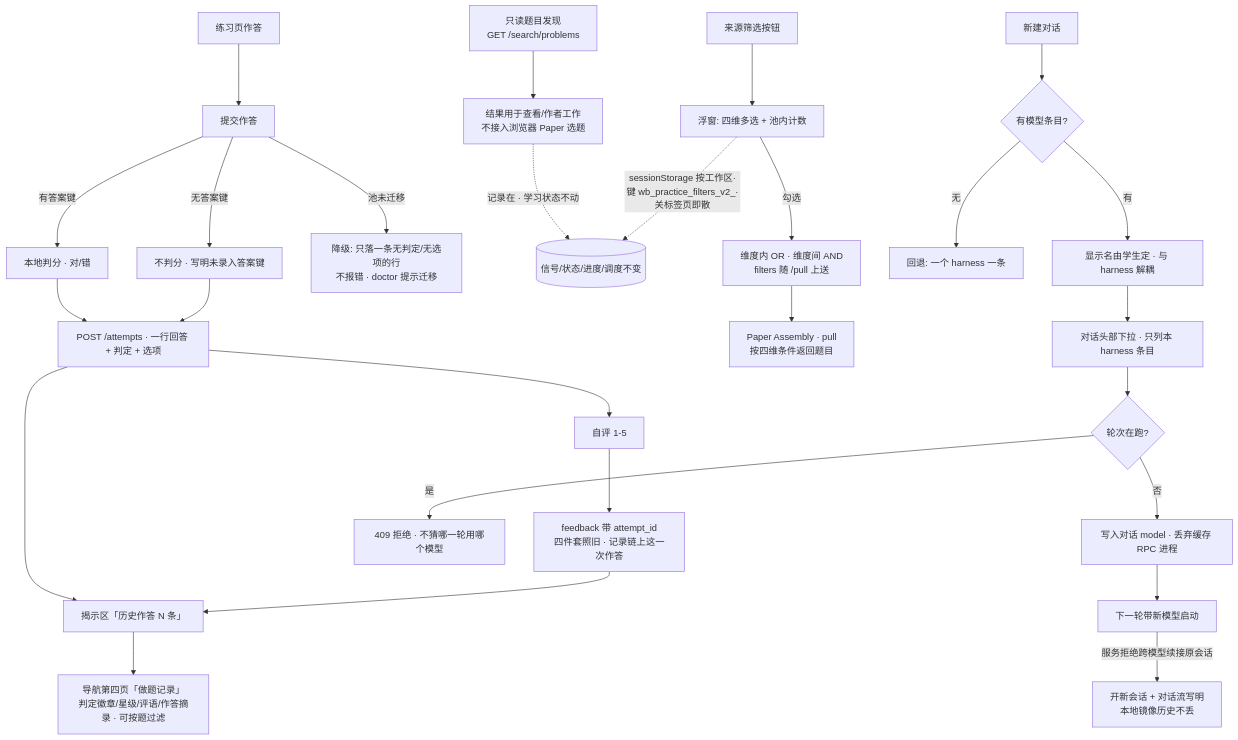
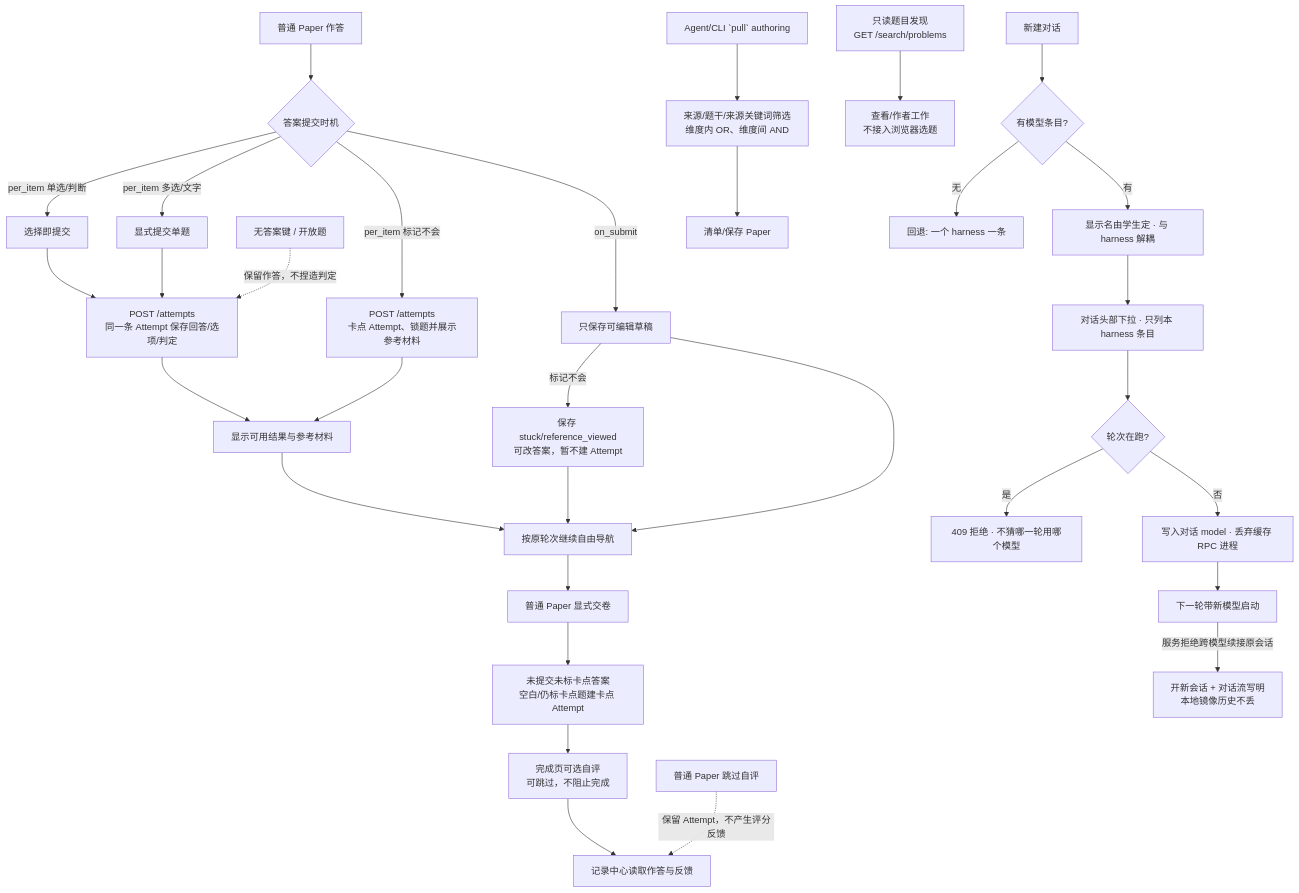
One commit to Amazinnn/Lesson-Kit changed the seventh of 10 diagrams in docs/action-graph/L4-workflows.md. Above: the diagram before and after it, drawn with Mermaid. The commit also changed other lines of this file and 8 other files, not shown here.

Commit message:
docs: reconcile paper practice flows

````diff
--- a/docs/action-graph/L4-workflows.md
+++ b/docs/action-graph/L4-workflows.md
@@ -200,30 +195,35 @@
 ```mermaid
 flowchart TD
-  A[练习页作答] --> B[提交作答]
-  B -- 有答案键 --> C[本地判分 · 对/错]
-  B -- 无答案键 --> C1[不判分 · 写明未录入答案键]
-  B -- 池未迁移 --> C2[降级: 只落一条无判定/无选项的行<br/>不报错 · doctor 提示迁移]
-  C & C1 --> D[POST /attempts · 一行回答 + 判定 + 选项]
-  D --> E[自评 1-5]
-  E --> F[feedback 带 attempt_id<br/>四件套照旧 · 记录链上这一次作答]
-  D --> G[揭示区「历史作答 N 条」]
-  F --> G
-  G --> H[导航第四页「做题记录」<br/>判定徽章/星级/评语/作答摘录 · 可按题过滤]
-  X1[只提交不自评] -.记录在 · 学习状态不动.-> Z[(信号/状态/进度/调度不变)]
+  A[普通 Paper 作答] --> B{答案提交时机}
+  B -- per_item 单选/判断 --> C[选择即提交]
+  B -- per_item 多选/文字 --> D[显式提交单题]
+  B -- per_item 标记不会 --> C0[POST /attempts<br/>卡点 Attempt、锁题并展示参考材料]
+  B -- on_submit --> E[只保存可编辑草稿]
+  E -- 标记不会 --> E0[保存 stuck/reference_viewed<br/>可改答案，暂不建 Attempt]
+  C & D --> F[POST /attempts<br/>同一条 Attempt 保存回答/选项/判定]
+  C0 --> G[显示可用结果与参考材料]
+  F --> G[显示可用结果与参考材料]
+  G --> H[按原轮次继续自由导航]
+  E --> H
+  E0 --> H
+  H --> I[普通 Paper 显式交卷]
+  I --> I0[未提交未标卡点答案<br/>空白/仍标卡点题建卡点 Attempt]
+  I0 --> J[完成页可选自评<br/>可跳过，不阻止完成]
+  J --> K[记录中心读取作答与反馈]
+  X0[无答案键 / 开放题] -.保留作答，不捏造判定.-> F
+  X1[普通 Paper 跳过自评] -.保留 Attempt，不产生评分反馈.-> K
 
-  P[来源筛选按钮] --> Q[浮窗: 四维多选 + 池内计数]
-  Q -- 勾选 --> R[维度内 OR · 维度间 AND<br/>filters 随 /pull 上送]
-  R --> T[Paper Assembly · pull<br/>按四维条件返回题目]
-  Q -.sessionStorage 按工作区·键 wb_practice_filters_v2_<ws>·关标签页即散.-> Z
-  X[只读题目发现<br/>GET /search/problems] --> X1[结果用于查看/作者工作<br/>不接入浏览器 Paper 选题]
+  A1[Agent/CLI `pull` authoring] --> A2[来源/题干/来源关键词筛选<br/>维度内 OR、维度间 AND]
+  A2 --> A3[清单/保存 Paper]
+  A4[只读题目发现<br/>GET /search/problems] --> A5[查看/作者工作<br/>不接入浏览器选题]
 
   M1[新建对话] --> M2{有模型条目?}
   M2 -- 无 --> M3[回退: 一个 harness 一条]
   M2 -- 有 --> M4[显示名由学生定 · 与 harness 解耦]
   M4 --> M5[对话头部下拉 · 只列本 harness 条目]
   M5 --> M6{轮次在跑?}
   M6 -- 是 --> M7[409 拒绝 · 不猜哪一轮用哪个模型]
   M6 -- 否 --> M8[写入对话 model · 丢弃缓存 RPC 进程]
   M8 --> M9[下一轮带新模型启动]
   M9 -- 服务拒绝跨模型续接原会话 --> M10[开新会话 + 对话流写明<br/>本地镜像历史不丢]
 ```
````
